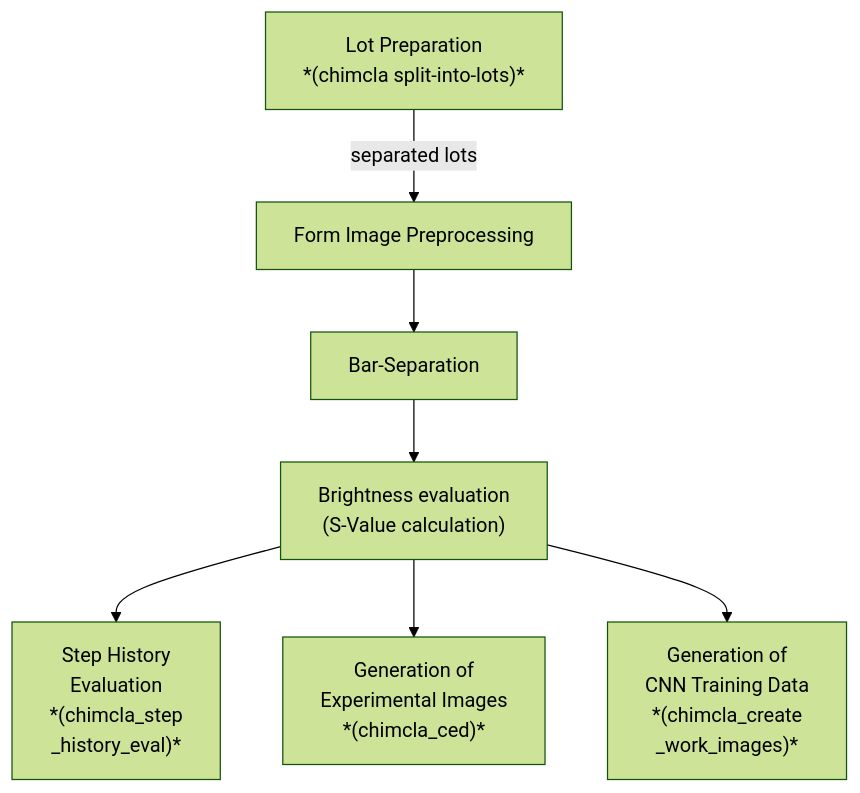
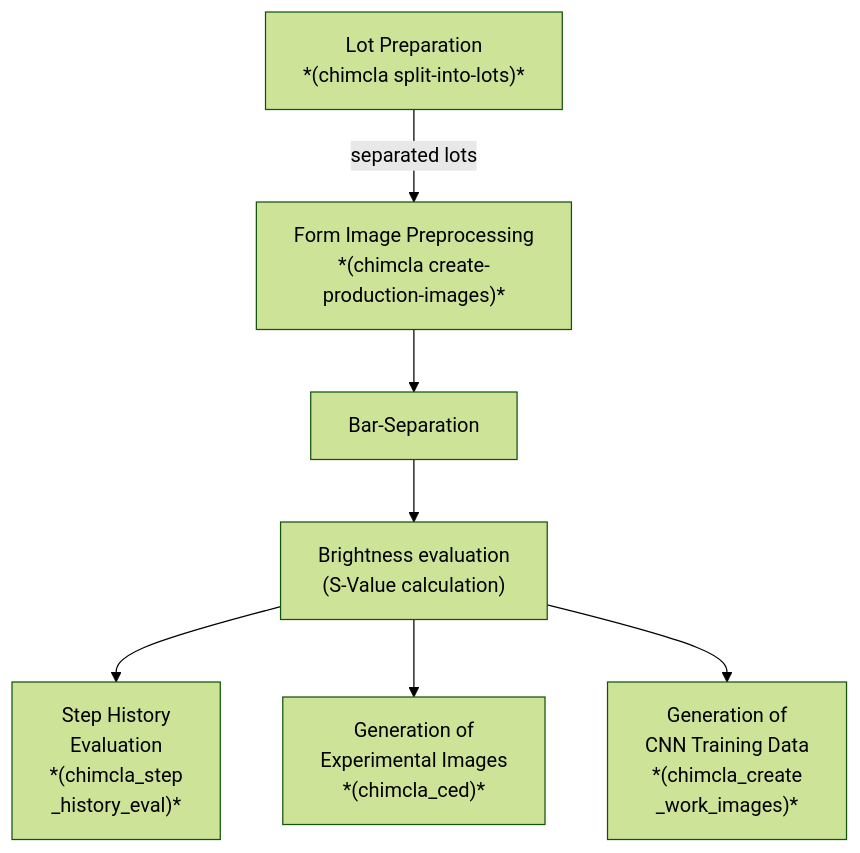
Before and after one commit to cknoll/chimcla: the diagram in docs/source/background.md, drawn with Mermaid (forest theme). The commit also changed other lines of this file and 3 other files, not shown here.

Commit message:
refactor (cli.py): command split-into-lots + docs

````diff
--- a/docs/source/background.md
+++ b/docs/source/background.md
@@ -6,19 +7,27 @@
 ```mermaid
   graph TD
     A["Lot Preparation
-    *(chimcla split-into-lots)*"] --> |separated lots|B[Form Image Preprocessing]
+    *(chimcla split-into-lots)*"]
+    A -->|separated lots|B
+    B["Form Image Preprocessing
+        *(chimcla create-
+        production-images)*"]
     B --> C[Bar-Separation]
     C --> D["Brightness evaluation
     (S-Value calculation)"]
     D -->F["Step History
             Evaluation
             *(chimcla_step
             _history_eval)*"]
     D -->G["Generation of
             Experimental Images
             *(chimcla_ced)*"]
     D --> E["Generation of
             CNN Training Data
             *(chimcla_create
             _work_images)*"]
+click A "#step-0" "go to respective section" _self
+click B "#step-1" "go to respective section" _self
+click C "#step-2" "go to respective section" _self
+click D "#step-3" "go to respective section" _self
 ```
````
